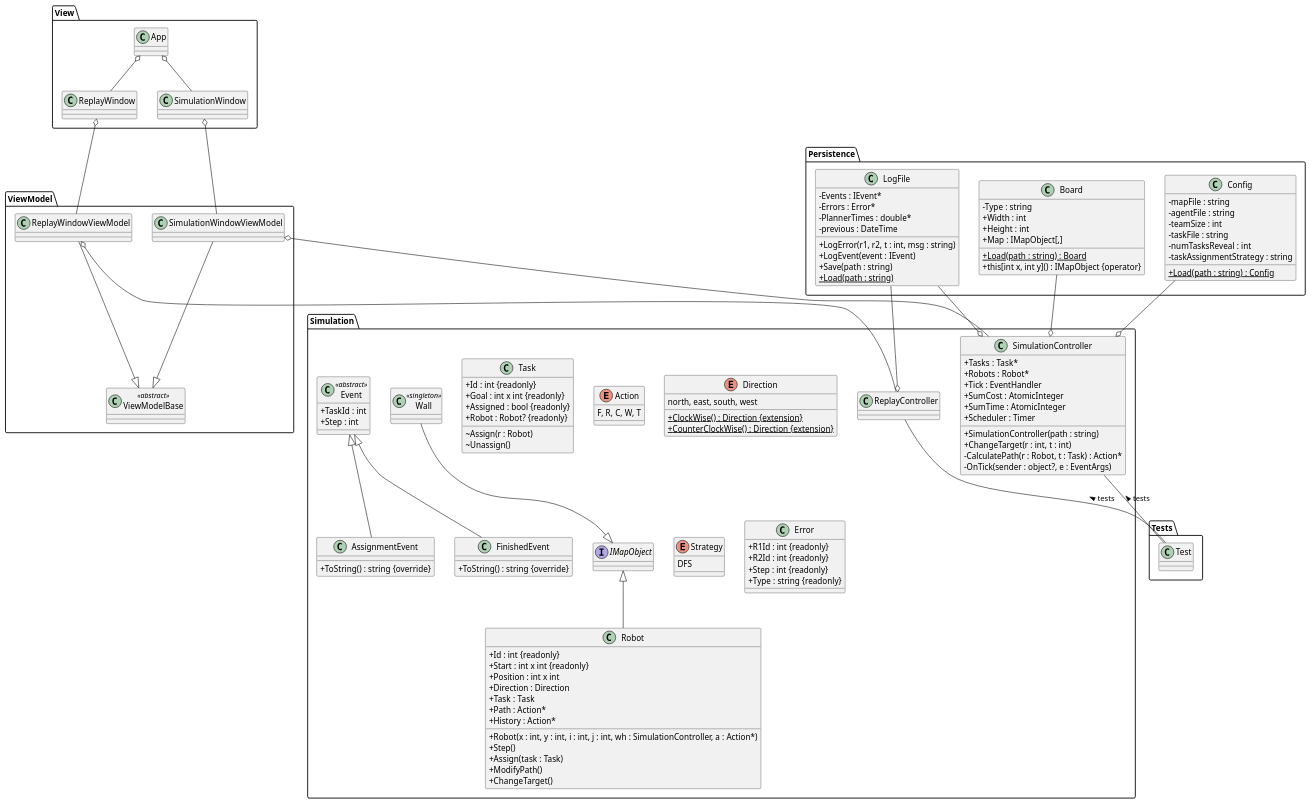
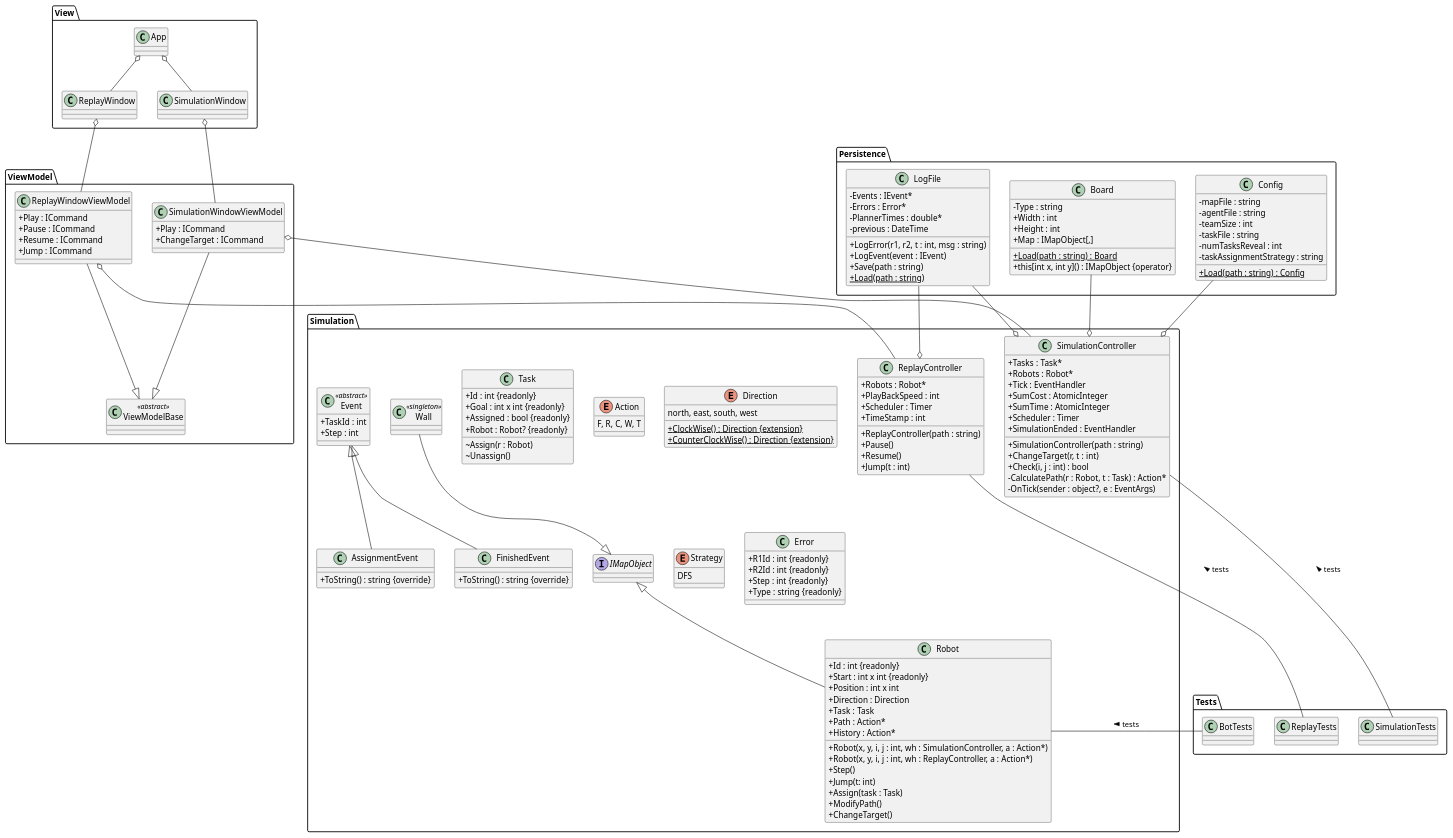
One commit to monkeysoop/csapat3 changed the diagram in uml/class.pu. Above: the diagram before and after it, drawn with PlantUML. The commit also changed 1 other file, not shown here.

Commit message:
finalish class diagram

```diff
--- a/uml/class.pu
+++ b/uml/class.pu
@@ -1,171 +1,185 @@
 @startuml ClassDiagram
 skinparam classAttributeIconSize 0
 
 
 package "View" {
     class App {}
     class SimulationWindow {}
     class ReplayWindow {}
-    'class MapEditWindow {}
-    'class ConfigEditWindow {}
 }
 
 package "ViewModel" {
     class ViewModelBase <<abstract>> {}
-    class SimulationWindowViewModel {}
-    class ReplayWindowViewModel {}
-    'class MapEditWindowViewModel {}
-    'class ConfigEditWindowViewModel {}
+    class SimulationWindowViewModel {
+        +Play : ICommand
+        +ChangeTarget : ICommand
+    }
+    class ReplayWindowViewModel {
+        +Play : ICommand
+        +Pause : ICommand
+        +Resume : ICommand
+        +Jump : ICommand
+    }
 }
 
 package "Persistence" {
     class Config {
         -mapFile : string
         -agentFile : string
         -teamSize : int
         -taskFile : string
         -numTasksReveal : int
         -taskAssignmentStrategy : string
         {static} +Load(path : string) : Config
     }
 
     class Board {
         -Type : string
         +Width : int
         +Height : int
         +Map : IMapObject[,]
         {static} +Load(path : string) : Board
         +this[int x, int y]() : IMapObject {operator}
     }
     
     class LogFile {
         -Events : IEvent*
         -Errors : Error*
         -PlannerTimes : double*
         -previous : DateTime
         +LogError(r1, r2, t : int, msg : string)
         +LogEvent(event : IEvent)
         +Save(path : string)
         {static} +Load(path : string)
     }
 }
 
 package "Simulation" {
     interface IMapObject {}
 
     class Wall <<singleton>> {}
 
     class Robot {
         +Id : int {readonly}
         +Start : int x int {readonly}
         +Position : int x int
         +Direction : Direction
         +Task : Task
         +Path : Action*
         +History : Action*
-        +Robot(x : int, y : int, i : int, j : int, wh : SimulationController, a : Action*)
+        +Robot(x, y, i, j : int, wh : SimulationController, a : Action*)
+        +Robot(x, y, i, j : int, wh : ReplayController, a : Action*)
         +Step()
+        +Jump(t: int)
         +Assign(task : Task)
         +ModifyPath()
         +ChangeTarget()
     }
 
     class Task {
         +Id : int {readonly}
         +Goal : int x int {readonly}
         +Assigned : bool {readonly}
         +Robot : Robot? {readonly}
         ~Assign(r : Robot)
         ~Unassign()
     }
 
-    class ReplayController {}
+    class ReplayController {
+        +Robots : Robot*
+        +PlayBackSpeed : int
+        +Scheduler : Timer
+        +TimeStamp : int
+        +ReplayController(path : string)
+        +Pause()
+        +Resume()
+        +Jump(t : int)
+    }
 
     class SimulationController {
         +Tasks : Task*
         +Robots : Robot*
         +Tick : EventHandler
         +SumCost : AtomicInteger
         +SumTime : AtomicInteger
         +Scheduler : Timer
+        +SimulationEnded : EventHandler
         +SimulationController(path : string)
-        +ChangeTarget(r : int, t : int)
+        +ChangeTarget(r, t : int)
+        +Check(i, j : int) : bool
         -CalculatePath(r : Robot, t : Task) : Action*
         -OnTick(sender : object?, e : EventArgs)
     }
 
     enum Action {
         F, R, C, W, T
     }
 
     enum Direction {
         north, east, south, west
 
         {static}+ClockWise() : Direction {extension}
         {static}+CounterClockWise() : Direction {extension}
     }
 
     enum Strategy {
         DFS
     }
 
     class Event <<abstract>> {
         +TaskId : int
         +Step : int
     }
     
     class AssignmentEvent {
         +ToString() : string {override}
     }
 
     class FinishedEvent {
         +ToString() : string {override}
     }
 
     class Error {
         +R1Id : int {readonly}
         +R2Id : int {readonly}
         +Step : int {readonly}
         +Type : string {readonly}
     }
 }
 
 
 package "Tests" {
-    class Test {}
+    class SimulationTests {}
+    class ReplayTests {}
+    class BotTests {}
 }
 
 App o-- SimulationWindow
 App o-- ReplayWindow
-'App o-- MapEditWindow
-'App o-- ConfigEditWindow
 
 ViewModelBase <|-up- SimulationWindowViewModel
 ViewModelBase <|-up- ReplayWindowViewModel
-'ViewModelBase <|-up- MapEditWindowViewModel
-'ViewModelBase <|-up- ConfigEditWindowViewModel
 
 SimulationWindow o-- SimulationWindowViewModel
 ReplayWindow o-- ReplayWindowViewModel
-'MapEditWindow o-down- MapEditWindowViewModel
-'ConfigEditWindow o-down- ConfigEditWindowViewModel
 
 SimulationWindowViewModel o-down- SimulationController
 ReplayWindowViewModel o-down- ReplayController
 
-SimulationController -down- Test : tests <
-ReplayController -down- Test : tests <
+SimulationController -right- SimulationTests : tests <
+ReplayController -right- ReplayTests : tests <
+Robot -right- BotTests : tests <
 
 SimulationController o-up- Config
 SimulationController o-up- Board
 SimulationController o-up- LogFile
 
 ReplayController o-up- LogFile
 
 IMapObject <|-up- Wall
 IMapObject <|-- Robot
 
 Event <|-down- AssignmentEvent
 Event <|-down- FinishedEvent
 
 @enduml
```
